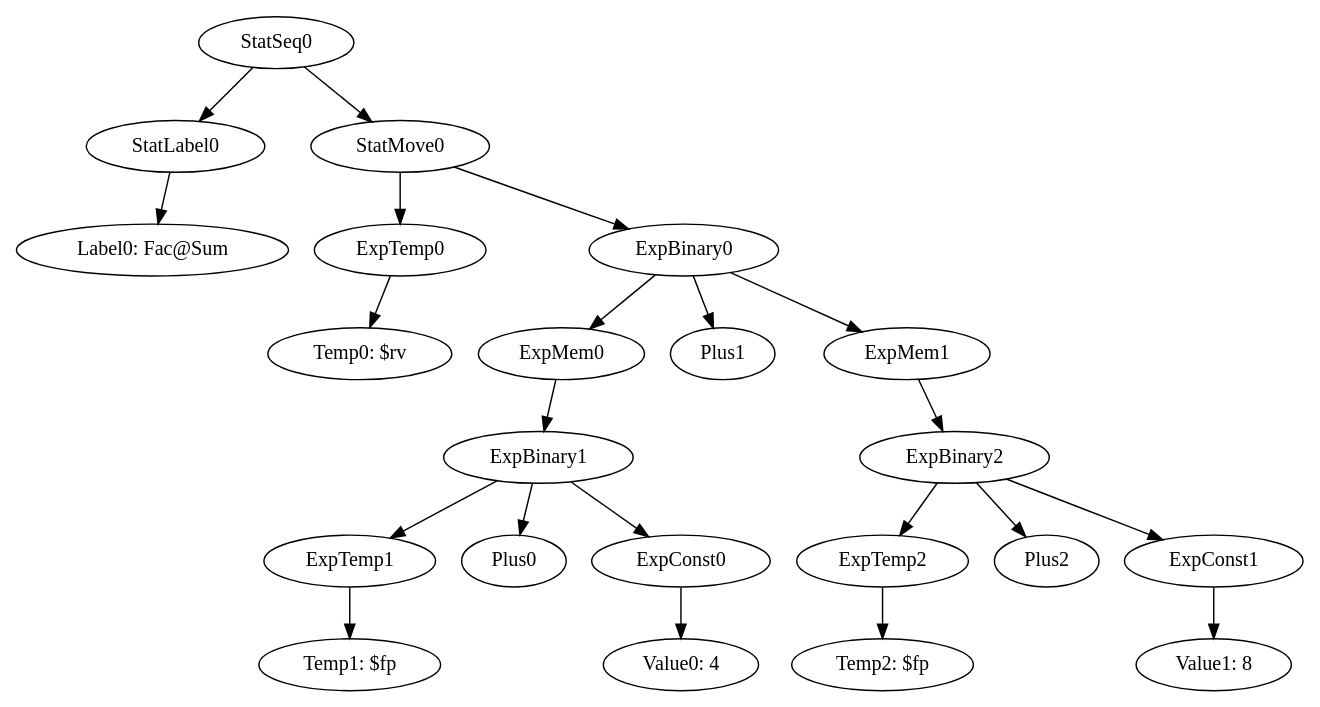
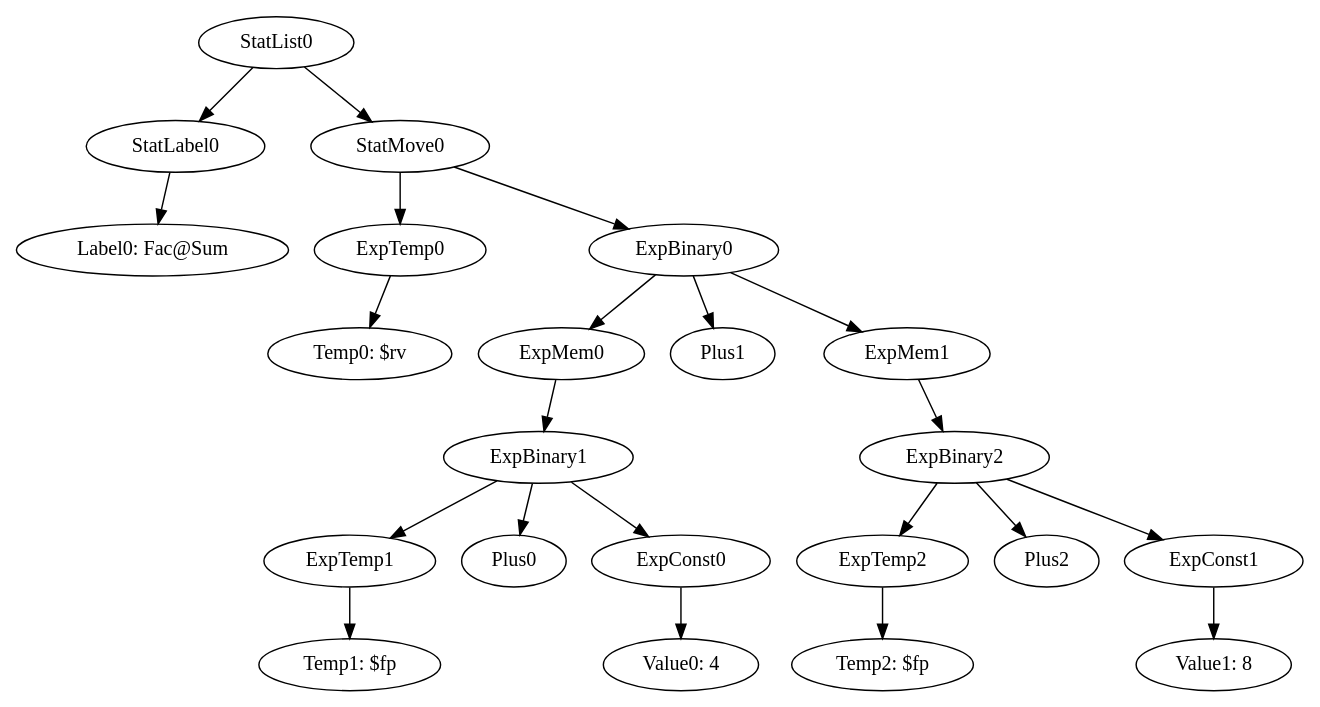
Before and after one commit to team-compilers/compilers: the diagram in MiniJava/results/SamplesCorrect/Simple/irtCanon_Fac@Sum.gv, drawn with Graphviz. The commit also changed 583 other files, not shown here.

```diff
--- a/MiniJava/results/SamplesCorrect/Simple/irtCanon_Fac@Sum.gv
+++ b/MiniJava/results/SamplesCorrect/Simple/irtCanon_Fac@Sum.gv
@@ -1,24 +1,24 @@
 digraph {
 	ordering = out;
 	ExpConst1 -> "Value1: 8";
 	ExpBinary2 -> ExpTemp2;
 	ExpBinary2 -> Plus2;
 	ExpBinary2 -> ExpConst1;
 	StatMove0 -> ExpTemp0;
 	StatMove0 -> ExpBinary0;
 	ExpBinary0 -> ExpMem0;
 	ExpBinary0 -> Plus1;
 	ExpBinary0 -> ExpMem1;
 	ExpTemp0 -> "Temp0: $rv";
-	StatSeq0 -> StatLabel0;
-	StatSeq0 -> StatMove0;
+	StatList0 -> StatLabel0;
+	StatList0 -> StatMove0;
 	StatLabel0 -> "Label0: Fac@Sum";
 	ExpMem1 -> ExpBinary2;
 	ExpConst0 -> "Value0: 4";
 	ExpTemp2 -> "Temp2: $fp";
 	ExpTemp1 -> "Temp1: $fp";
 	ExpBinary1 -> ExpTemp1;
 	ExpBinary1 -> Plus0;
 	ExpBinary1 -> ExpConst0;
 	ExpMem0 -> ExpBinary1;
 }
```
